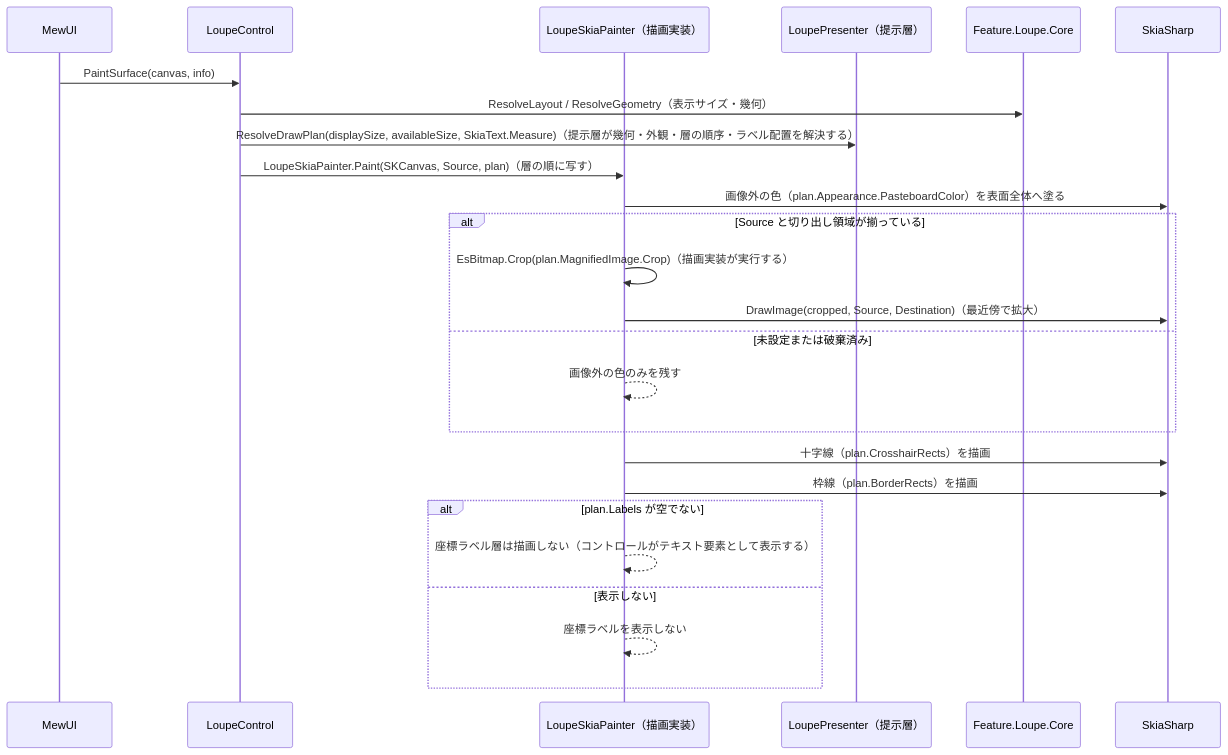
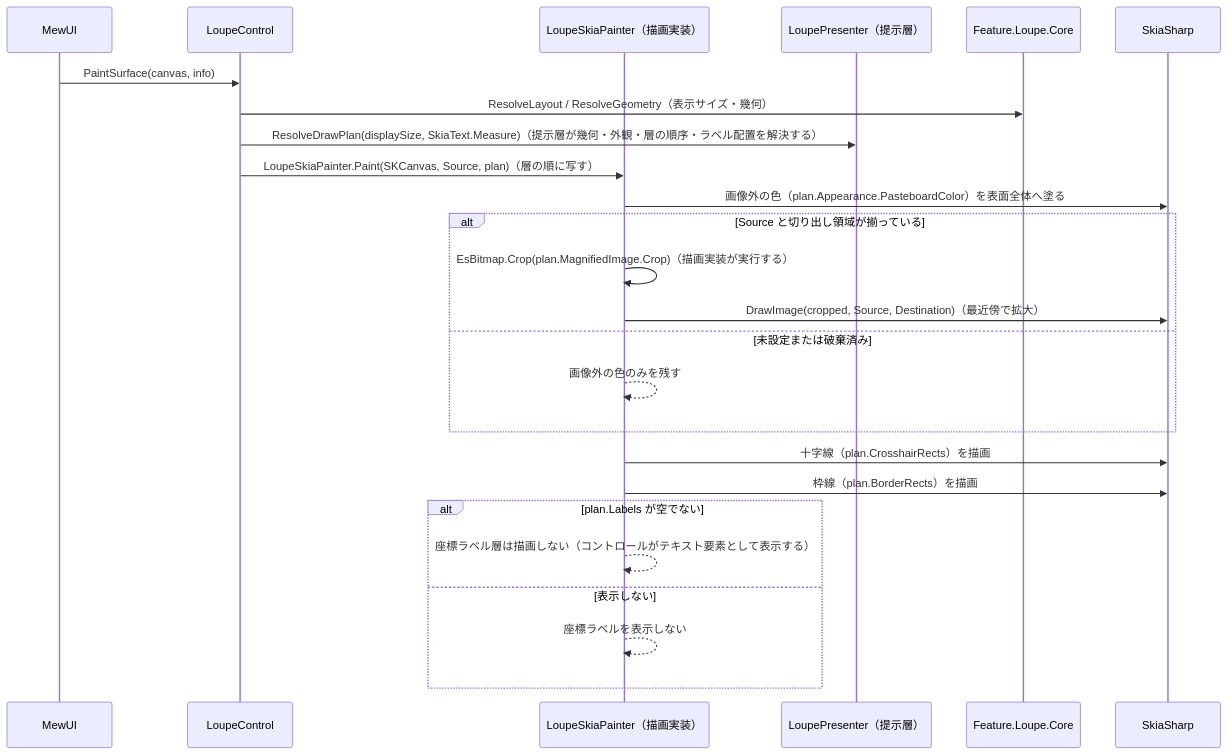
Before and after one commit to tomokuni/SaveEvidence: the second of 2 diagrams in src/LoupeControl.MewUI/SPEC_System.md, drawn with Mermaid. The commit also changed other lines of this file and 32 other files, not shown here.

````diff
--- a/src/LoupeControl.MewUI/SPEC_System.md
+++ b/src/LoupeControl.MewUI/SPEC_System.md
@@ -186,28 +186,28 @@
 ```mermaid
 sequenceDiagram
     participant MW as MewUI
     participant LC as LoupeControl
     participant R as LoupeSkiaPainter（描画実装）
     participant P as LoupePresenter（提示層）
     participant C as Feature.Loupe.Core
     participant SK as SkiaSharp
 
     MW->>LC: PaintSurface(canvas, info)
     LC->>C: ResolveLayout / ResolveGeometry（表示サイズ・幾何）
-    LC->>P: ResolveDrawPlan(displaySize, availableSize, SkiaText.Measure)（提示層が幾何・外観・層の順序・ラベル配置を解決する）
+    LC->>P: ResolveDrawPlan(displaySize, SkiaText.Measure)（提示層が幾何・外観・層の順序・ラベル配置を解決する）
     LC->>R: LoupeSkiaPainter.Paint(SKCanvas, Source, plan)（層の順に写す）
     R->>SK: 画像外の色（plan.Appearance.PasteboardColor）を表面全体へ塗る
     alt Source と切り出し領域が揃っている
         R->>R: EsBitmap.Crop(plan.MagnifiedImage.Crop)（描画実装が実行する）
         R->>SK: DrawImage(cropped, Source, Destination)（最近傍で拡大）
     else 未設定または破棄済み
         R-->>R: 画像外の色のみを残す
     end
     R->>SK: 十字線（plan.CrosshairRects）を描画
     R->>SK: 枠線（plan.BorderRects）を描画
     alt plan.Labels が空でない
         R-->>R: 座標ラベル層は描画しない（コントロールがテキスト要素として表示する）
     else 表示しない
         R-->>R: 座標ラベルを表示しない
     end
 ```
````
